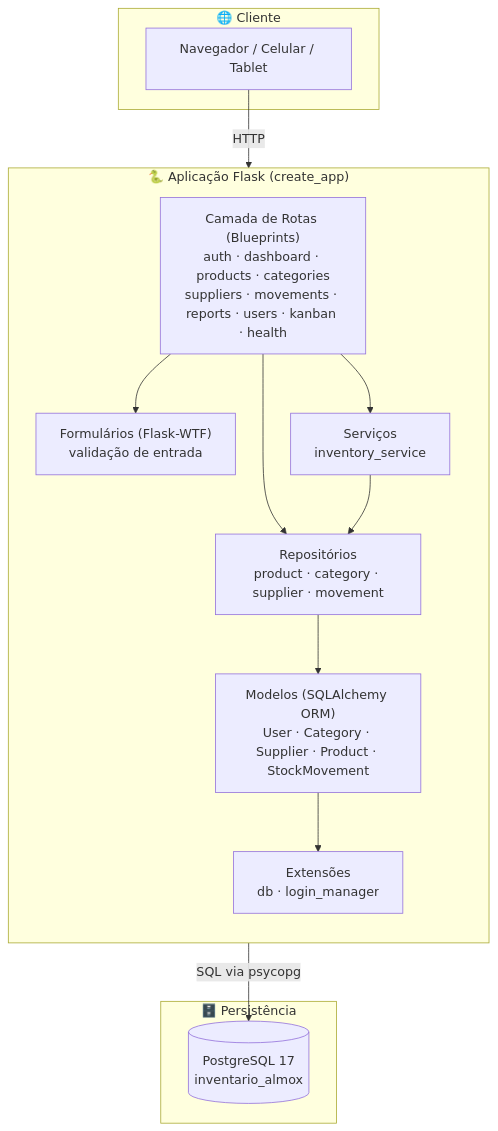
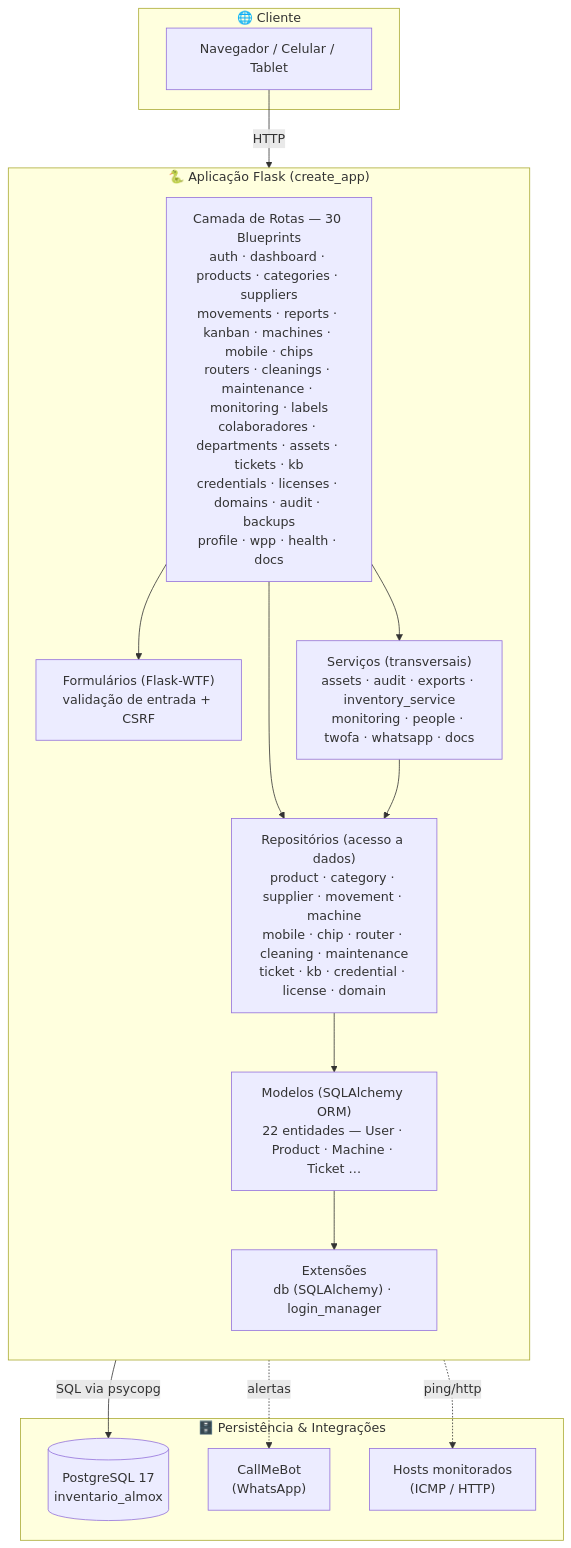
Before and after one commit to nerdGG094/InvenSync: the second of 22 diagrams in docs/DOCUMENTACAO.md, drawn with Mermaid. The commit also changed other lines of this file and 7 other files, not shown here.

````diff
--- a/docs/DOCUMENTACAO.md
+++ b/docs/DOCUMENTACAO.md
@@ -58,29 +103,33 @@
 ```mermaid
 flowchart TB
     subgraph CLIENT["🌐 Cliente"]
         BROWSER["Navegador / Celular / Tablet"]
     end
 
     subgraph APP["🐍 Aplicação Flask (create_app)"]
         direction TB
-        ROUTES["Camada de Rotas (Blueprints)<br/>auth · dashboard · products · categories<br/>suppliers · movements · reports · users · kanban · health"]
-        FORMS["Formulários (Flask-WTF)<br/>validação de entrada"]
-        SERVICES["Serviços<br/>inventory_service"]
-        REPOS["Repositórios<br/>product · category · supplier · movement"]
-        MODELS["Modelos (SQLAlchemy ORM)<br/>User · Category · Supplier · Product · StockMovement"]
-        EXT["Extensões<br/>db · login_manager"]
+        ROUTES["Camada de Rotas — 30 Blueprints<br/>auth · dashboard · products · categories · suppliers<br/>movements · reports · kanban · machines · mobile · chips<br/>routers · cleanings · maintenance · monitoring · labels<br/>colaboradores · departments · assets · tickets · kb<br/>credentials · licenses · domains · audit · backups<br/>profile · wpp · health · docs"]
+        FORMS["Formulários (Flask-WTF)<br/>validação de entrada + CSRF"]
+        SERVICES["Serviços (transversais)<br/>assets · audit · exports · inventory_service<br/>monitoring · people · twofa · whatsapp · docs"]
+        REPOS["Repositórios (acesso a dados)<br/>product · category · supplier · movement · machine<br/>mobile · chip · router · cleaning · maintenance<br/>ticket · kb · credential · license · domain"]
+        MODELS["Modelos (SQLAlchemy ORM)<br/>22 entidades — User · Product · Machine · Ticket …"]
+        EXT["Extensões<br/>db (SQLAlchemy) · login_manager"]
     end
 
-    subgraph DATA["🗄️ Persistência"]
+    subgraph DATA["🗄️ Persistência & Integrações"]
         PG[("PostgreSQL 17<br/>inventario_almox")]
+        WPP["CallMeBot<br/>(WhatsApp)"]
+        NET["Hosts monitorados<br/>(ICMP / HTTP)"]
     end
 
     BROWSER -->|HTTP| ROUTES
     ROUTES --> FORMS
     ROUTES --> SERVICES
     ROUTES --> REPOS
     SERVICES --> REPOS
     REPOS --> MODELS
     MODELS --> EXT
     EXT -->|SQL via psycopg| PG
+    SERVICES -.->|alertas| WPP
+    SERVICES -.->|ping/http| NET
 ```
````
